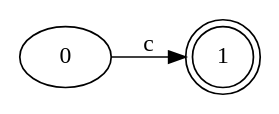
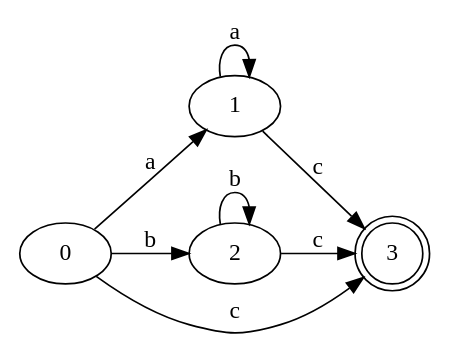
One commit to MaaarcosG/Automatas changed the diagram in Graph/DFA_Direct.gv. Above: the diagram before and after it, drawn with Graphviz. The commit also changed 8 other files, not shown here.

```diff
--- a/Graph/DFA_Direct.gv
+++ b/Graph/DFA_Direct.gv
@@ -1,6 +1,14 @@
 digraph Automata {
 	rankdir=LR
 	0 [label=0]
-	0 -> 1 [label=c]
-	1 [label=1 shape=doublecircle]
+	0 -> 1 [label=a]
+	0 -> 2 [label=b]
+	0 -> 3 [label=c]
+	1 [label=1]
+	1 -> 1 [label=a]
+	1 -> 3 [label=c]
+	2 [label=2]
+	2 -> 2 [label=b]
+	2 -> 3 [label=c]
+	3 [label=3 shape=doublecircle]
 }
```
